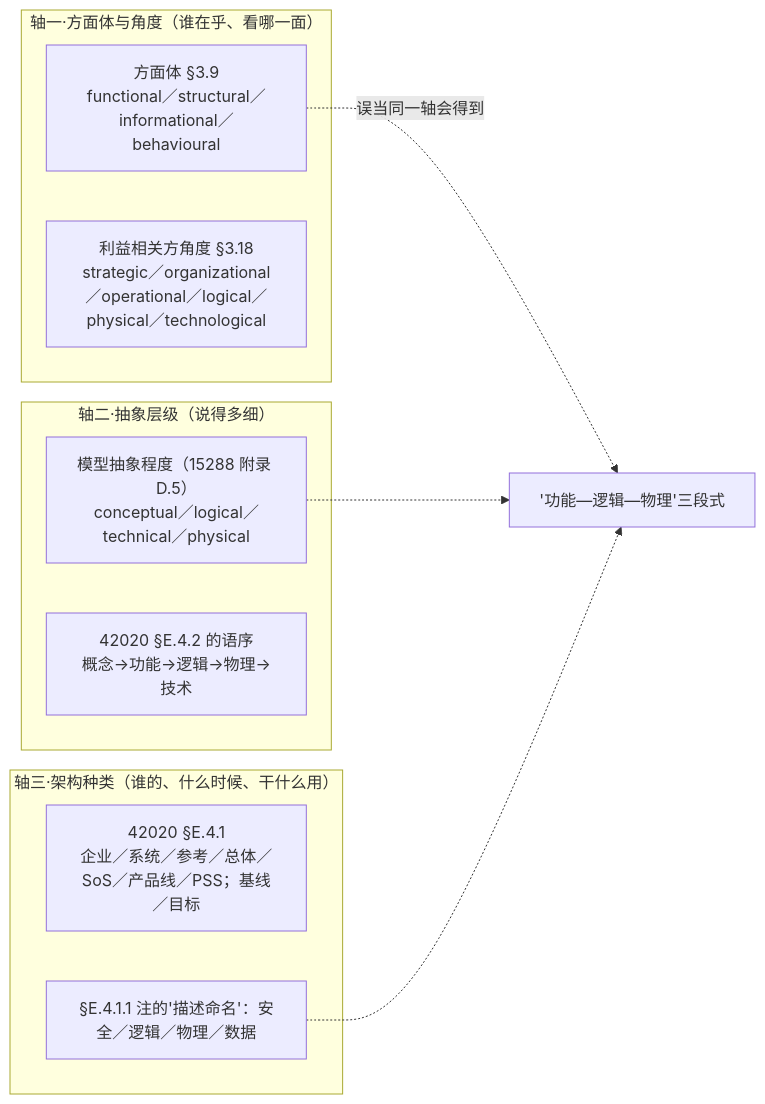
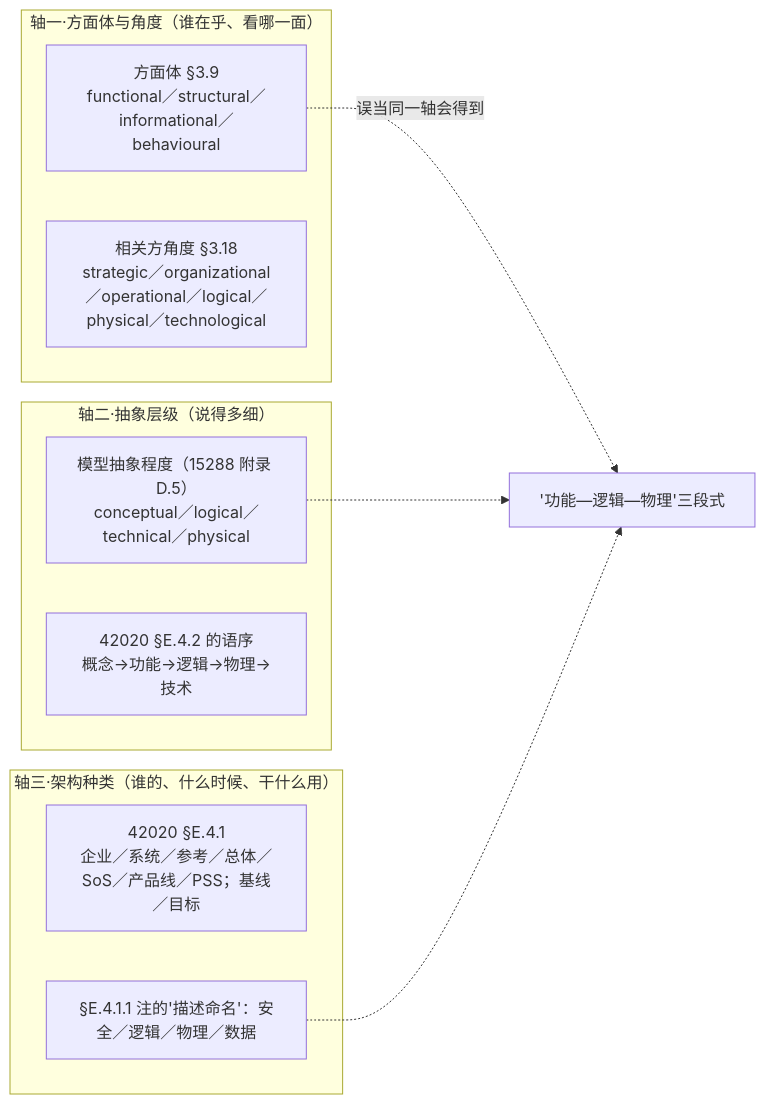
One commit to Yongjunzhou/business-Engineering changed the second of 10 diagrams in 10-系统工程研究/00-系统工程相关研究报告/37-架构视图口径研究报告-从三词定位到七类视图与三张清单并附HUD·EOS·冷链·合同审批四套示例.md. Above: the diagram before and after it, drawn with Mermaid. The commit also changed other lines of this file and 69 other files, not shown here.

````diff
--- a/10-系统工程研究/00-系统工程相关研究报告/37-架构视图口径研究报告-从三词定位到七类视图与三张清单并附HUD·EOS·冷链·合同审批四套示例.md
+++ b/10-系统工程研究/00-系统工程相关研究报告/37-架构视图口径研究报告-从三词定位到七类视图与三张清单并附HUD·EOS·冷链·合同审批四套示例.md
@@ -209,18 +209,18 @@
 ```mermaid
 flowchart LR
   subgraph AX1["轴一·方面体与角度（谁在乎、看哪一面）"]
     A1["方面体 §3.9<br/>functional／structural／informational／behavioural"]
-    A2["利益相关方角度 §3.18<br/>strategic／organizational／operational／logical／physical／technological"]
+    A2["相关方角度 §3.18<br/>strategic／organizational／operational／logical／physical／technological"]
   end
   subgraph AX2["轴二·抽象层级（说得多细）"]
     B1["模型抽象程度（15288 附录 D.5）<br/>conceptual／logical／technical／physical"]
     B2["42020 §E.4.2 的语序<br/>概念→功能→逻辑→物理→技术"]
   end
   subgraph AX3["轴三·架构种类（谁的、什么时候、干什么用）"]
     C1["42020 §E.4.1<br/>企业／系统／参考／总体／SoS／产品线／PSS；基线／目标"]
     C2["§E.4.1.1 注的'描述命名'：安全／逻辑／物理／数据"]
   end
   A1 -.->|误当同一轴会得到| X["'功能—逻辑—物理'三段式"]
   B1 -.-> X
   C2 -.-> X
 ```
````
